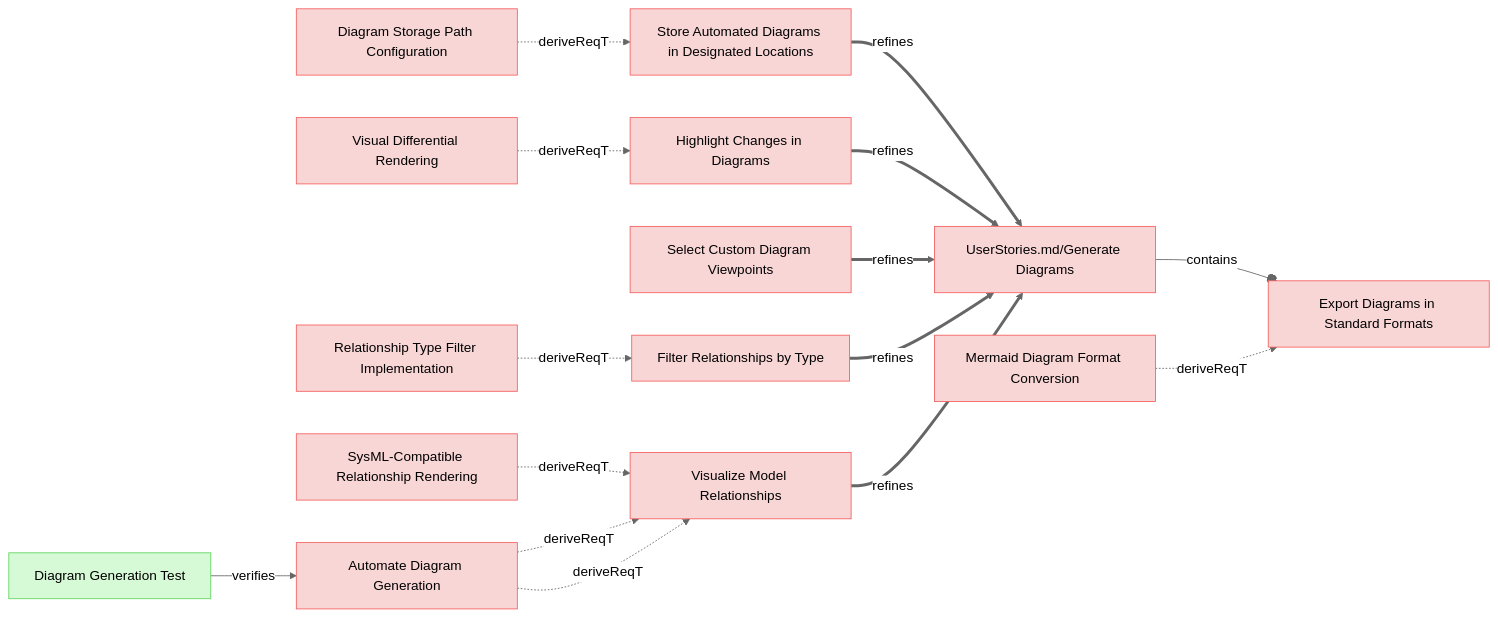
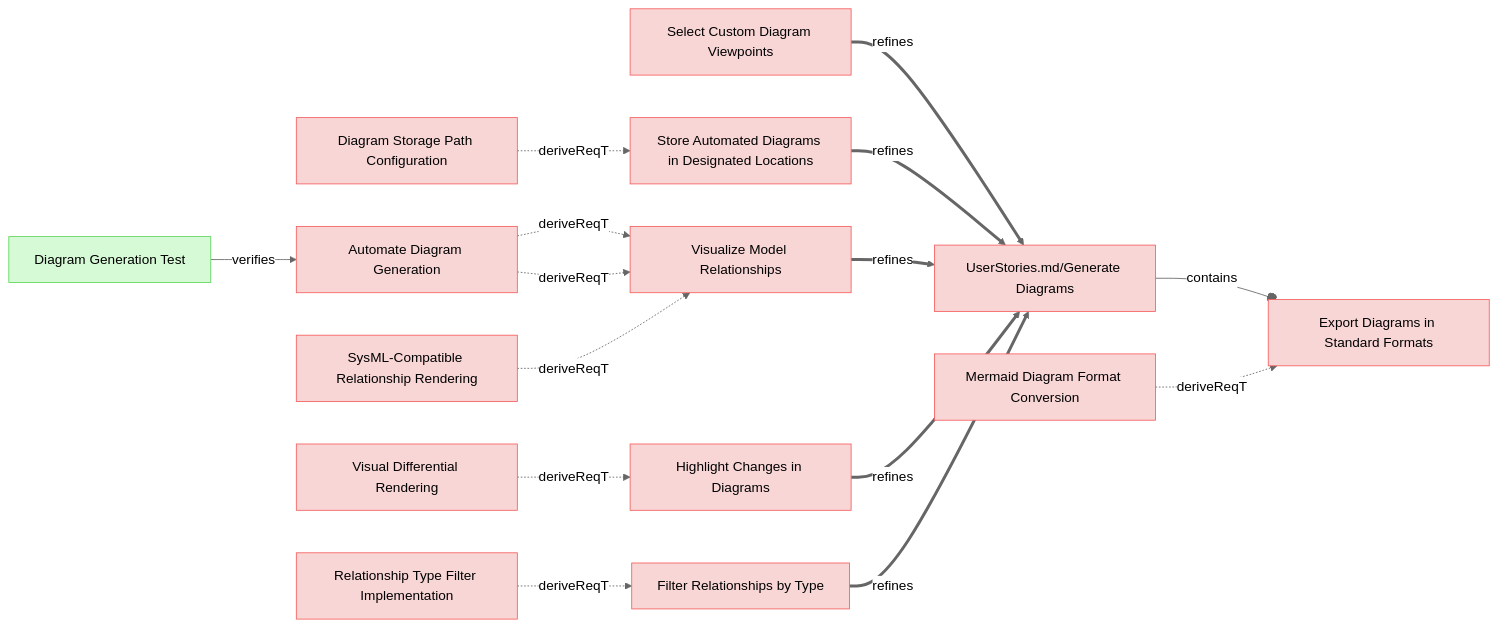
The first of 9 diagrams in specifications/UserRequirements.md (reqvire-org/reqvire), drawn with Mermaid (neutral theme) before and after one commit. The commit also changed other lines of this file and 7 other files, not shown here.

````diff
--- a/specifications/UserRequirements.md
+++ b/specifications/UserRequirements.md
@@ -4,65 +4,65 @@
 ```mermaid
 graph LR;
   %% Graph styling
   classDef requirement fill:#f9d6d6,stroke:#f55f5f,stroke-width:1px;
   classDef verification fill:#d6f9d6,stroke:#5fd75f,stroke-width:1px;
   classDef externalLink fill:#d0e0ff,stroke:#3080ff,stroke-width:1px;
   classDef default fill:#f5f5f5,stroke:#333333,stroke-width:1px;
 
+  10c00a1bd1["Export Diagrams in Standard Formats"];
+  click 10c00a1bd1 "UserRequirements.md#export-diagrams-in-standard-formats";
+  class 10c00a1bd1 requirement;
+  cf0026c2fe["UserStories.md/Generate Diagrams"];
+  class cf0026c2fe requirement;
+  click cf0026c2fe "UserStories.md#generate-diagrams";
+  cf0026c2fe --o|contains| 10c00a1bd1;
+  a7ec66314a["Mermaid Diagram Format Conversion"];
+  class a7ec66314a requirement;
+  click a7ec66314a "SystemRequirements/Requirements.md#mermaid-diagram-format-conversion";
+  a7ec66314a -.->|deriveReqT| 10c00a1bd1;
+  30053341d8["Select Custom Diagram Viewpoints"];
+  click 30053341d8 "UserRequirements.md#select-custom-diagram-viewpoints";
+  class 30053341d8 requirement;
+  30053341d8 ==>|refines| cf0026c2fe;
   aee397f35b["Store Automated Diagrams in Designated Locations"];
   click aee397f35b "UserRequirements.md#store-automated-diagrams-in-designated-locations";
   class aee397f35b requirement;
-  cf0026c2fe["UserStories.md/Generate Diagrams"];
-  class cf0026c2fe requirement;
-  click cf0026c2fe "UserStories.md#generate-diagrams";
   aee397f35b ==>|refines| cf0026c2fe;
   191d27287e["Diagram Storage Path Configuration"];
   class 191d27287e requirement;
   click 191d27287e "SystemRequirements/Requirements.md#diagram-storage-path-configuration";
   191d27287e -.->|deriveReqT| aee397f35b;
-  10c00a1bd1["Export Diagrams in Standard Formats"];
-  click 10c00a1bd1 "UserRequirements.md#export-diagrams-in-standard-formats";
-  class 10c00a1bd1 requirement;
-  cf0026c2fe --o|contains| 10c00a1bd1;
-  a7ec66314a["Mermaid Diagram Format Conversion"];
-  class a7ec66314a requirement;
-  click a7ec66314a "SystemRequirements/Requirements.md#mermaid-diagram-format-conversion";
-  a7ec66314a -.->|deriveReqT| 10c00a1bd1;
+  81f9235ded["Automate Diagram Generation"];
+  click 81f9235ded "UserRequirements.md#automate-diagram-generation";
+  class 81f9235ded requirement;
+  a6a8362836["Visualize Model Relationships"];
+  class a6a8362836 requirement;
+  click a6a8362836 "UserRequirements.md#visualize-model-relationships";
+  81f9235ded -.->|deriveReqT| a6a8362836;
+  b95c73d7b3["Diagram Generation Test"];
+  class b95c73d7b3 verification;
+  click b95c73d7b3 "Verifications/DiagramsTests.md#diagram-generation-test";
+  b95c73d7b3 -->|verifies| 81f9235ded;
+  a6a8362836 ==>|refines| cf0026c2fe;
+  c826c1ee7c["SysML-Compatible Relationship Rendering"];
+  class c826c1ee7c requirement;
+  click c826c1ee7c "SystemRequirements/Requirements.md#sysml-compatible-relationship-rendering";
+  c826c1ee7c -.->|deriveReqT| a6a8362836;
+  81f9235ded -.->|deriveReqT| a6a8362836;
   fd7388e379["Highlight Changes in Diagrams"];
   click fd7388e379 "UserRequirements.md#highlight-changes-in-diagrams";
   class fd7388e379 requirement;
   fd7388e379 ==>|refines| cf0026c2fe;
   9860815d52["Visual Differential Rendering"];
   class 9860815d52 requirement;
   click 9860815d52 "SystemRequirements/Requirements.md#visual-differential-rendering";
   9860815d52 -.->|deriveReqT| fd7388e379;
-  30053341d8["Select Custom Diagram Viewpoints"];
-  click 30053341d8 "UserRequirements.md#select-custom-diagram-viewpoints";
-  class 30053341d8 requirement;
-  30053341d8 ==>|refines| cf0026c2fe;
   30d97803eb["Filter Relationships by Type"];
   click 30d97803eb "UserRequirements.md#filter-relationships-by-type";
   class 30d97803eb requirement;
   30d97803eb ==>|refines| cf0026c2fe;
   1414e7f889["Relationship Type Filter Implementation"];
   class 1414e7f889 requirement;
   click 1414e7f889 "SystemRequirements/Requirements.md#relationship-type-filter-implementation";
   1414e7f889 -.->|deriveReqT| 30d97803eb;
-  a6a8362836["Visualize Model Relationships"];
-  click a6a8362836 "UserRequirements.md#visualize-model-relationships";
-  class a6a8362836 requirement;
-  a6a8362836 ==>|refines| cf0026c2fe;
-  c826c1ee7c["SysML-Compatible Relationship Rendering"];
-  class c826c1ee7c requirement;
-  click c826c1ee7c "SystemRequirements/Requirements.md#sysml-compatible-relationship-rendering";
-  c826c1ee7c -.->|deriveReqT| a6a8362836;
-  81f9235ded["Automate Diagram Generation"];
-  class 81f9235ded requirement;
-  click 81f9235ded "UserRequirements.md#automate-diagram-generation";
-  81f9235ded -.->|deriveReqT| a6a8362836;
-  81f9235ded -.->|deriveReqT| a6a8362836;
-  b95c73d7b3["Diagram Generation Test"];
-  class b95c73d7b3 verification;
-  click b95c73d7b3 "Verifications/DiagramsTests.md#diagram-generation-test";
-  b95c73d7b3 -->|verifies| 81f9235ded;
 ```
````
